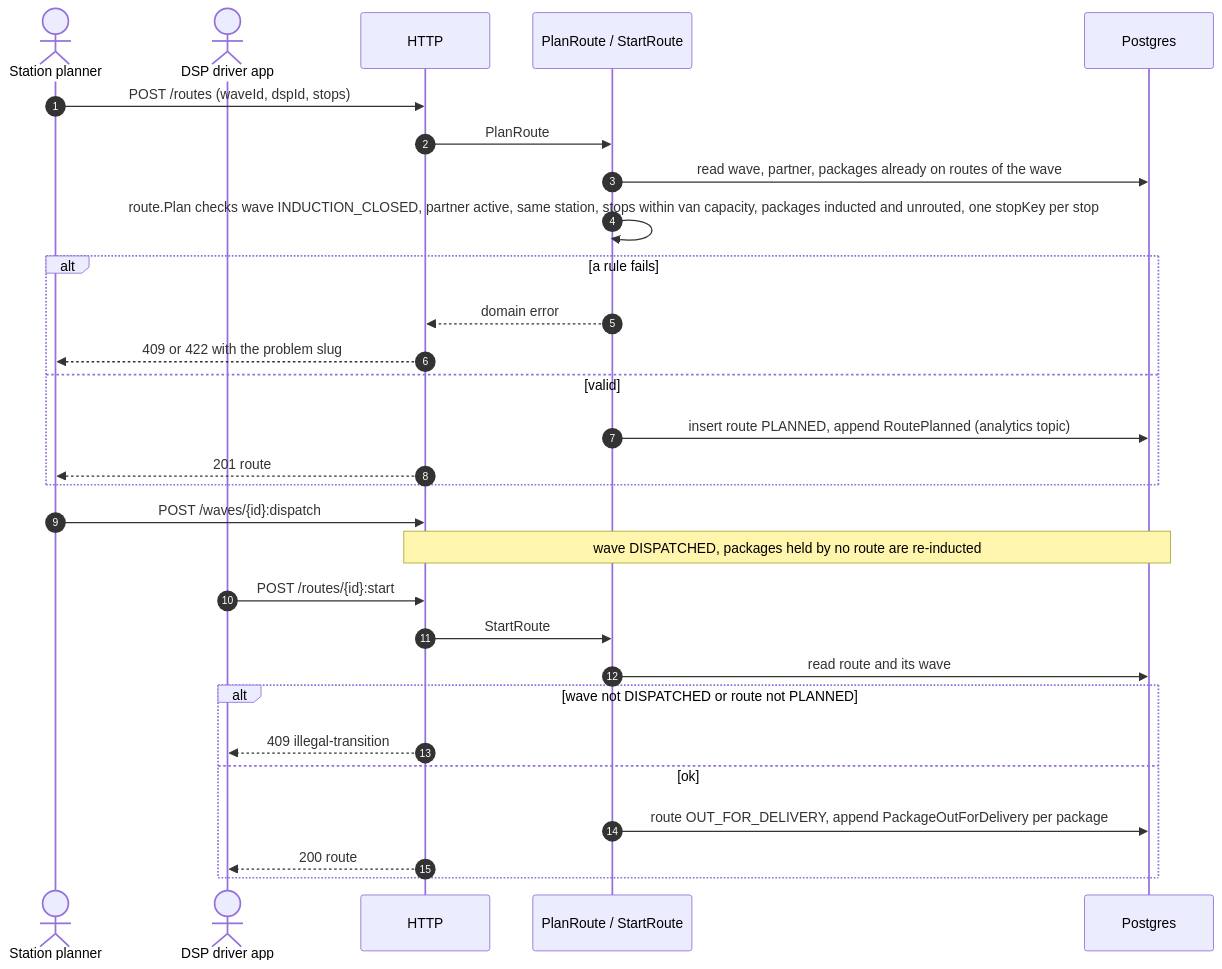
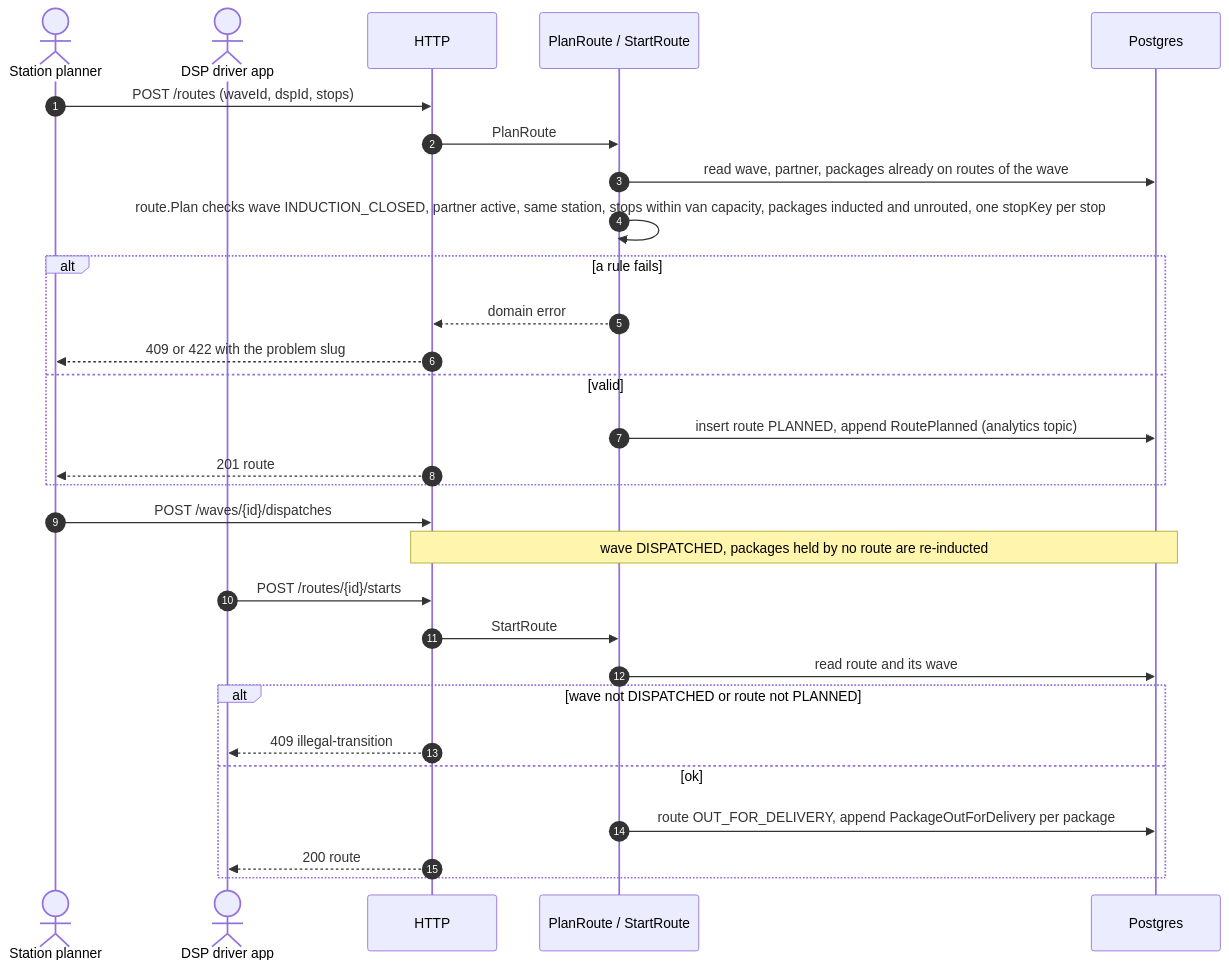
Before and after one commit to IQVO/last-mile-delivery: the third of 6 diagrams in docs/docs/ddd/sequence-diagrams.md, drawn with Mermaid. The commit also changed other lines of this file and 53 other files, not shown here.

````diff
--- a/docs/docs/ddd/sequence-diagrams.md
+++ b/docs/docs/ddd/sequence-diagrams.md
@@ -85,31 +85,31 @@
 ```mermaid
 sequenceDiagram
     autonumber
     actor SP as Station planner
     actor Driver as DSP driver app
     participant HTTP
     participant UC as PlanRoute / StartRoute
     participant DB as Postgres
     SP->>HTTP: POST /routes (waveId, dspId, stops)
     HTTP->>UC: PlanRoute
     UC->>DB: read wave, partner, packages already on routes of the wave
     UC->>UC: route.Plan checks wave INDUCTION_CLOSED, partner active, same station, stops within van capacity, packages inducted and unrouted, one stopKey per stop
     alt a rule fails
         UC-->>HTTP: domain error
         HTTP-->>SP: 409 or 422 with the problem slug
     else valid
         UC->>DB: insert route PLANNED, append RoutePlanned (analytics topic)
         HTTP-->>SP: 201 route
     end
-    SP->>HTTP: POST /waves/{id}:dispatch
+    SP->>HTTP: POST /waves/{id}/dispatches
     Note over HTTP,DB: wave DISPATCHED, packages held by no route are re-inducted
-    Driver->>HTTP: POST /routes/{id}:start
+    Driver->>HTTP: POST /routes/{id}/starts
     HTTP->>UC: StartRoute
     UC->>DB: read route and its wave
     alt wave not DISPATCHED or route not PLANNED
         HTTP-->>Driver: 409 illegal-transition
     else ok
         UC->>DB: route OUT_FOR_DELIVERY, append PackageOutForDelivery per package
         HTTP-->>Driver: 200 route
     end
 ```
````
